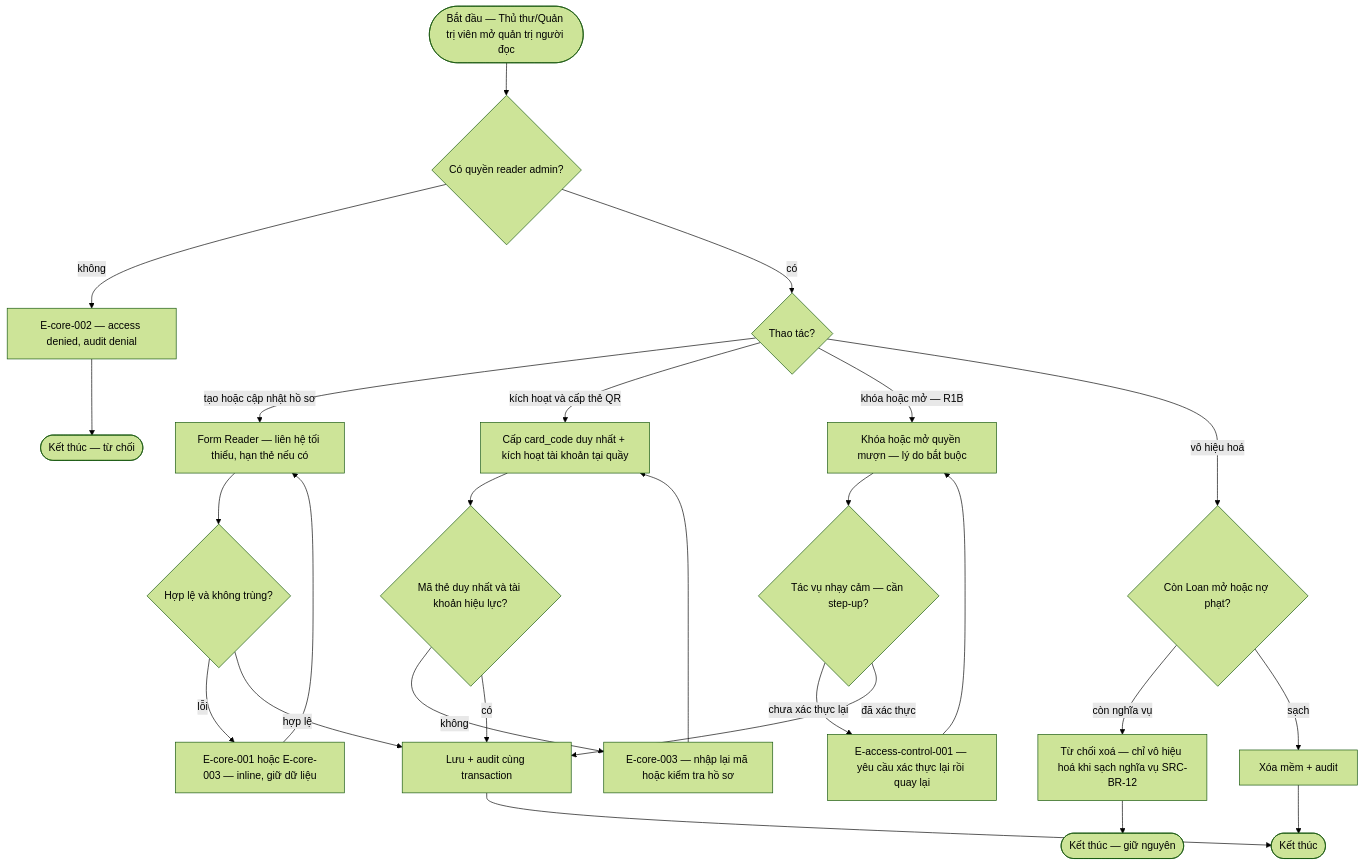
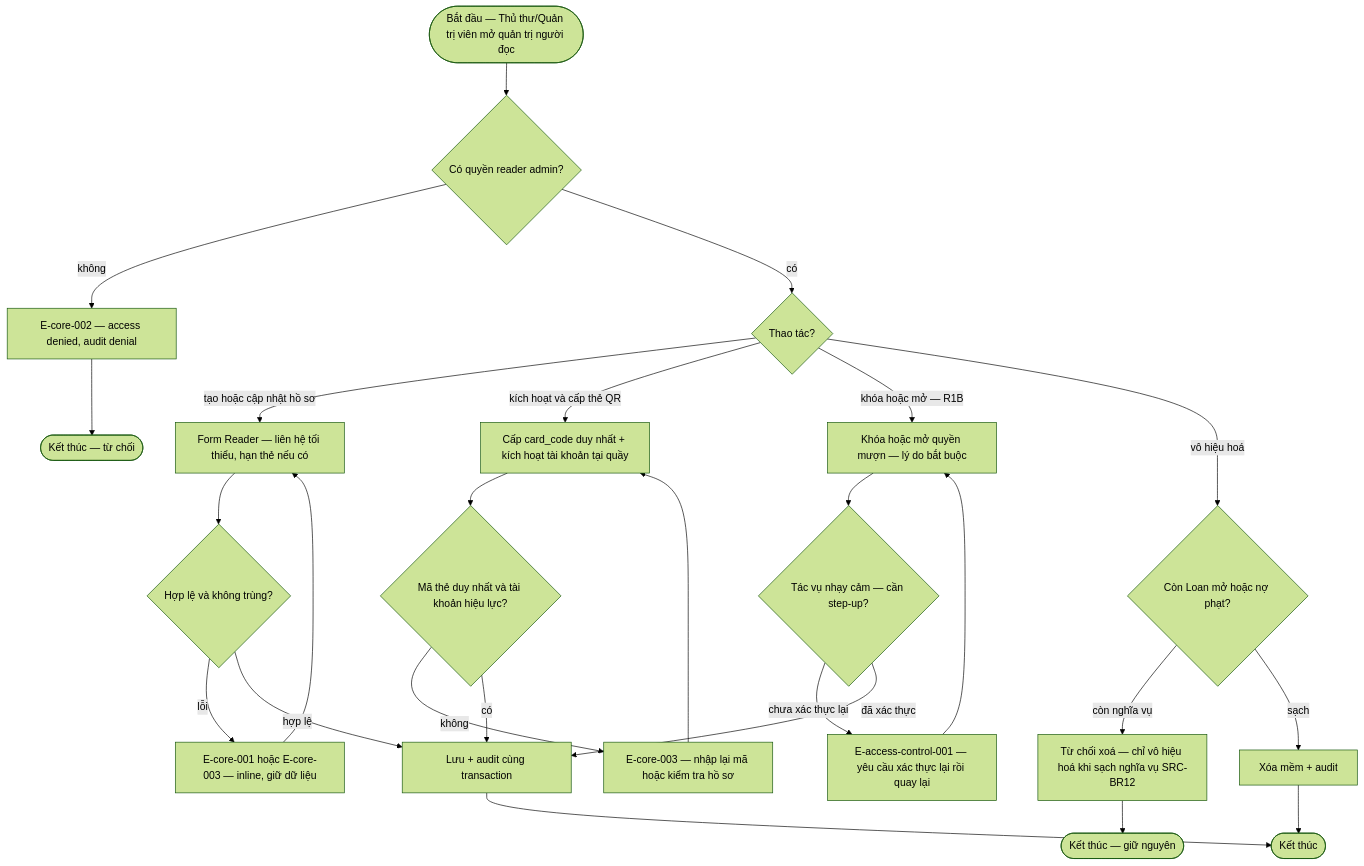
Before and after one commit to DatTran26/quanlythuvien: the diagram in docs/features/account-admin/srs/account-admin-flows.md, drawn with Mermaid (forest theme). The commit also changed other lines of this file and 14 other files, not shown here.

````diff
--- a/docs/features/account-admin/srs/account-admin-flows.md
+++ b/docs/features/account-admin/srs/account-admin-flows.md
@@ -16,28 +16,28 @@
 ```mermaid
 flowchart TD
     Start(["Bắt đầu — Thủ thư/Quản trị viên mở quản trị người đọc"]) --> Auth{"Có quyền reader admin?"}
     Auth -->|"không"| Deny["E-core-002 — access denied, audit denial"]
     Deny --> EndDeny(["Kết thúc — từ chối"])
     Auth -->|"có"| Pick{"Thao tác?"}
     Pick -->|"tạo hoặc cập nhật hồ sơ"| Form["Form Reader — liên hệ tối thiểu, hạn thẻ nếu có"]
     Pick -->|"kích hoạt và cấp thẻ QR"| Card["Cấp card_code duy nhất + kích hoạt tài khoản tại quầy"]
     Pick -->|"khóa hoặc mở — R1B"| Lock["Khóa hoặc mở quyền mượn — lý do bắt buộc"]
     Pick -->|"vô hiệu hoá"| Check{"Còn Loan mở hoặc nợ phạt?"}
     Form --> Valid{"Hợp lệ và không trùng?"}
     Valid -->|"lỗi"| Err1["E-core-001 hoặc E-core-003 — inline, giữ dữ liệu"]
     Err1 --> Form
     Valid -->|"hợp lệ"| Save["Lưu + audit cùng transaction"]
     Card --> CardOk{"Mã thẻ duy nhất và tài khoản hiệu lực?"}
     CardOk -->|"không"| Err2["E-core-003 — nhập lại mã hoặc kiểm tra hồ sơ"]
     Err2 --> Card
     CardOk -->|"có"| Save
-    Check -->|"còn nghĩa vụ"| Block["Từ chối xoá — chỉ vô hiệu hoá khi sạch nghĩa vụ SRC-BR-12"]
+    Check -->|"còn nghĩa vụ"| Block["Từ chối xoá — chỉ vô hiệu hoá khi sạch nghĩa vụ SRC-BR12"]
     Block --> EndBlock(["Kết thúc — giữ nguyên"])
     Check -->|"sạch"| Soft["Xóa mềm + audit"]
     Lock --> StepUp{"Tác vụ nhạy cảm — cần step-up?"}
     StepUp -->|"chưa xác thực lại"| ReAuth["E-access-control-001 — yêu cầu xác thực lại rồi quay lại"]
     ReAuth --> Lock
     StepUp -->|"đã xác thực"| Save
     Soft --> Done(["Kết thúc"])
     Save --> Done
 ```
````
